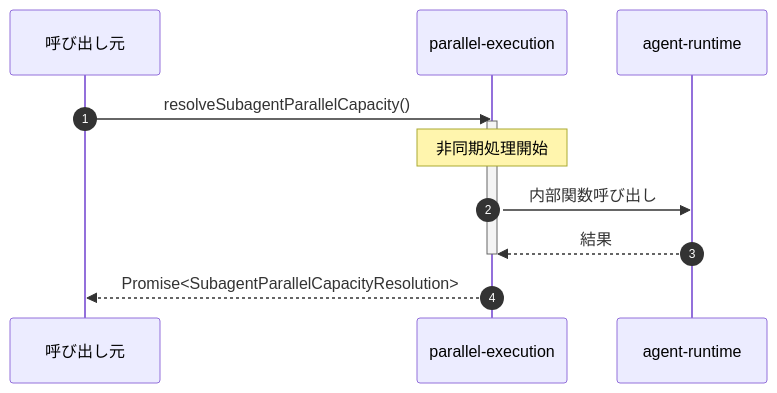
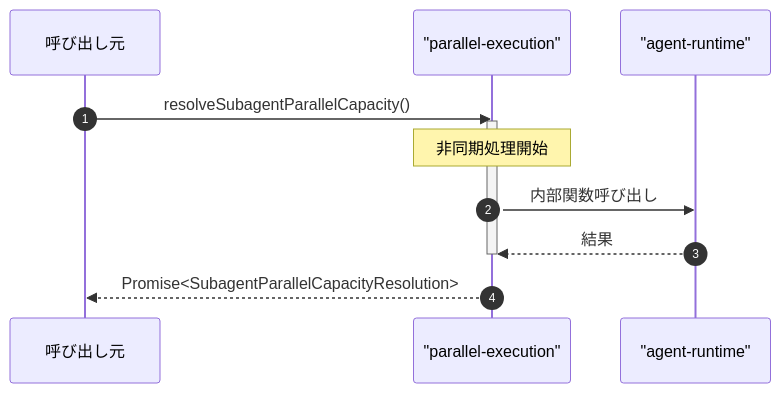
Before and after one commit to Mekann2904/mekann: the third of 3 diagrams in ABDD/.pi/extensions/subagents/parallel-execution.md, drawn with Mermaid. The commit also changed other lines of this file and 152 other files, not shown here.

First line of the commit message:
fix: Mermaid図のラベル内の特殊文字をエスケープする

````diff
--- a/ABDD/.pi/extensions/subagents/parallel-execution.md
+++ b/ABDD/.pi/extensions/subagents/parallel-execution.md
@@ -60,15 +60,15 @@
 ```mermaid
 sequenceDiagram
   autonumber
   participant Caller as 呼び出し元
-  participant parallel_execution as parallel-execution
-  participant agent_runtime as agent-runtime
+  participant parallel_execution as "parallel-execution"
+  participant agent_runtime as "agent-runtime"
 
   Caller->>parallel_execution: resolveSubagentParallelCapacity()
   activate parallel_execution
   Note over parallel_execution: 非同期処理開始
   parallel_execution->>agent_runtime: 内部関数呼び出し
   agent_runtime-->>parallel_execution: 結果
   deactivate parallel_execution
   parallel_execution-->>Caller: Promise<SubagentParallelCapacityResolution>
 ```
````
